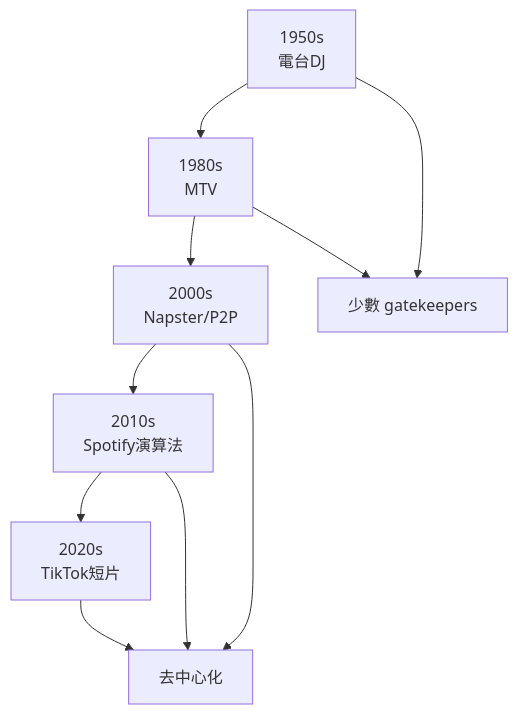
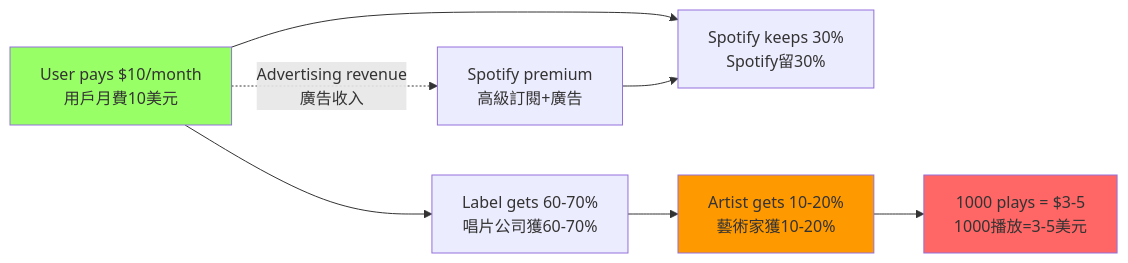
The fourth of 5 diagrams in 01_HKU_Courses/HIST4039_Technology_Creativity_Music.md (yip-lgtm/HKU-Harvard-History-Self-Study), drawn with Mermaid before and after one commit. The commit also changed other lines of this file and 25 other files, not shown here.

````diff
--- a/01_HKU_Courses/HIST4039_Technology_Creativity_Music.md
+++ b/01_HKU_Courses/HIST4039_Technology_Creativity_Music.md
@@ -376,12 +163,14 @@
 ```mermaid
-flowchart TD
-    A[1950s<br/>電台DJ] --> B[1980s<br/>MTV]
-    B --> C[2000s<br/>Napster/P2P]
-    C --> D[2010s<br/>Spotify演算法]
-    D --> E[2020s<br/>TikTok短片]
-    A --> F[少數 gatekeepers]
-    B --> F
-    C --> G[去中心化]
-    D --> G
-    E --> G
+graph LR
+    A[User pays $10/month<br/>用戶月費10美元] --> B[Spotify keeps 30%<br/>Spotify留30%]
+    A --> C[Label gets 60-70%<br/>唱片公司獲60-70%]
+    C --> D[Artist gets 10-20%<br/>藝術家獲10-20%]
+    D --> E[1000 plays = $3-5<br/>1000播放=3-5美元]
+    
+    A -.->|Advertising revenue<br/>廣告收入| F[Spotify premium<br/>高級訂閱+廣告]
+    F --> B
+    
+    style A fill:#9f6
+    style E fill:#f66
+    style D fill:#f90
 ```
````
